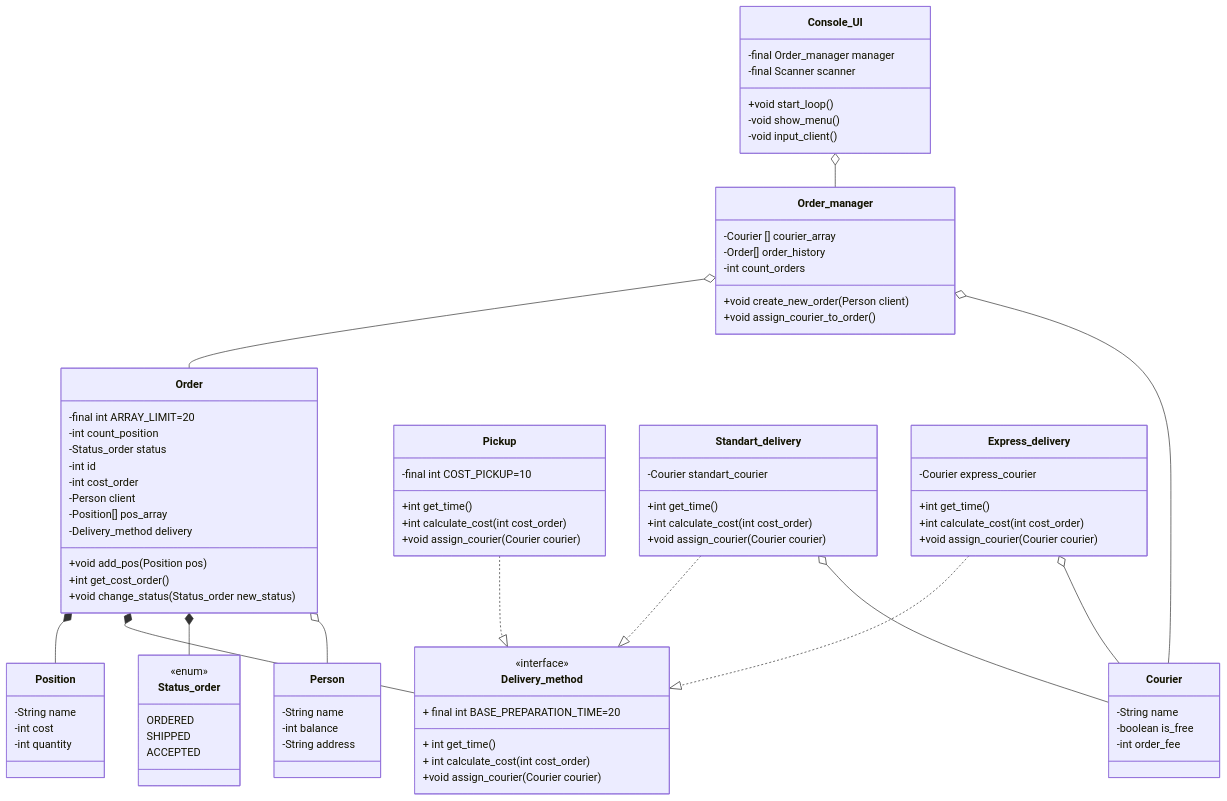
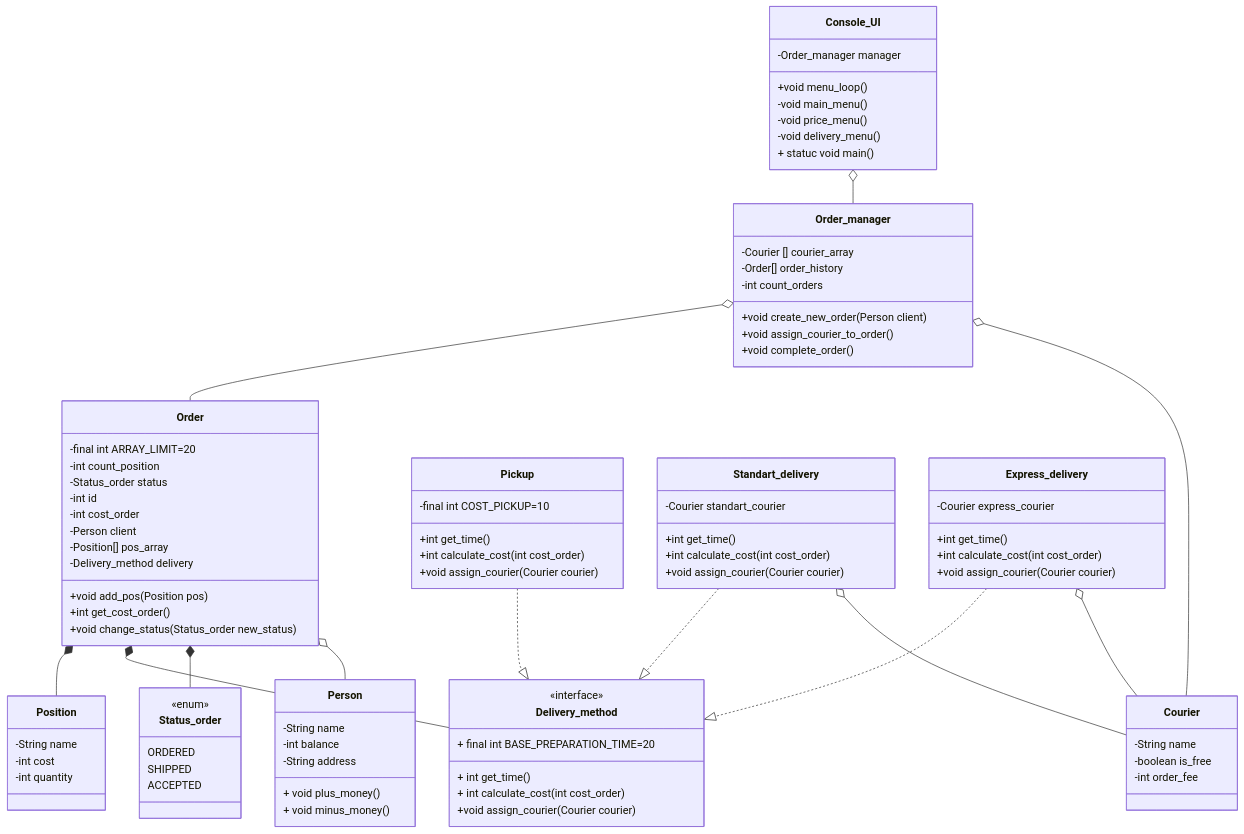
One commit to kirillkushaev2007-boop/Labaratory1 changed the diagram in README.md. Above: the diagram before and after it, drawn with Mermaid.

Commit message:
Update README.md
Implement new business logic methods in Order_manager class
- Add new utility/helper methods to Person class
- Update Console_UI with new user interaction methods

```diff
--- a/README.md
+++ b/README.md
@@ -18,6 +18,8 @@
        -String name
        -int balance
        -String address
+       + void plus_money()
+       + void minus_money()
    }
    %% Заказ (Order)
    class Order {
@@ -83,18 +85,21 @@
       +void create_new_order(Person client)
          %%Создаёт новый заказ (Order), и кладёт его в order_history
       +void assign_courier_to_order()
+      +void complete_order()
    }
 
    %% Пользовательский интерфейс (Console_UI)
    class Console_UI{
-      -final Order_manager manager
-      -final Scanner scanner
-      +void start_loop()
-         %% Запускает цикл меню (использует show_menu(), )
-      -void show_menu()
-         %% Показывает всю видимую часть интерфейса
-      -void input_client()
-         %% Обрабатывает все вводы клиента
+      -Order_manager manager
+      +void menu_loop()
+         %% Запускает цикл меню
+      -void main_menu()
+         %% Запускает главное меню
+      -void price_menu()
+         %% Меню блюд
+      -void delivery_menu()
+        %% Меню доставки
+      + statuc void main()
          }
    
    %% Связи заказа
```
